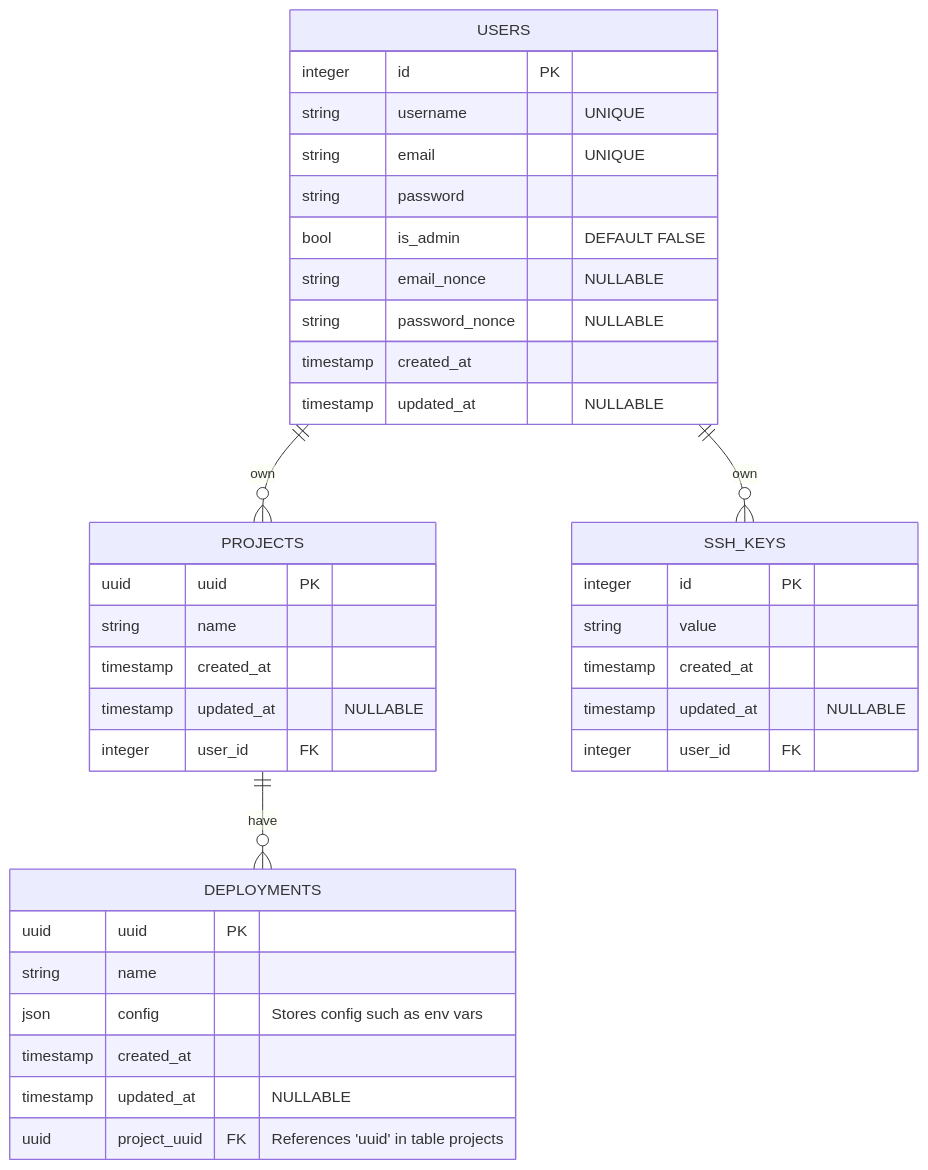
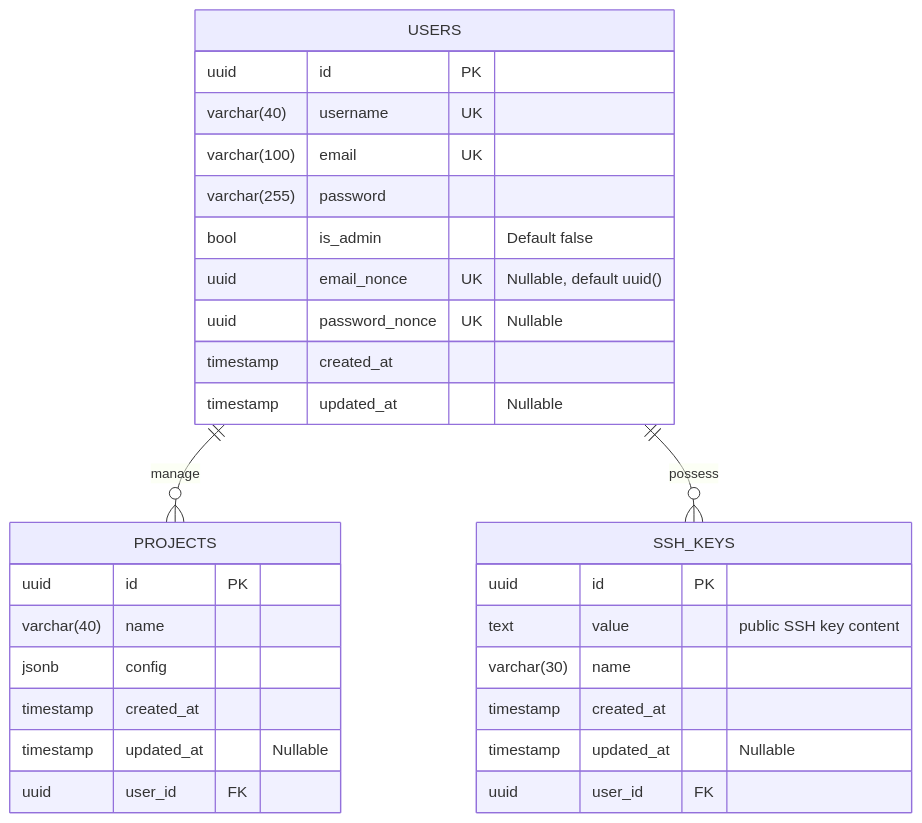
One commit to paastech-cloud/docs changed the fourth of 10 diagrams in README.md. Above: the diagram before and after it, drawn with Mermaid. The commit also changed other lines of this file and 2 other files, not shown here.

````diff
--- a/README.md
+++ b/README.md
@@ -53,40 +312,33 @@
 ```mermaid
 erDiagram
-    USERS ||--o{ PROJECTS : own
-    USERS ||--o{ SSH_KEYS : own
-    PROJECTS ||--o{ DEPLOYMENTS : have
-
     USERS {
-        integer id PK
-        string username "UNIQUE"
-        string email "UNIQUE"
-        string password
-        bool is_admin "DEFAULT FALSE"
-        string email_nonce "NULLABLE"
-        string password_nonce "NULLABLE"
+        uuid id PK
+        varchar(40) username UK
+        varchar(100) email UK
+        varchar(255) password
+        bool is_admin "Default false"
+        uuid email_nonce UK "Nullable, default uuid()"
+        uuid password_nonce UK "Nullable"
         timestamp created_at
-        timestamp updated_at "NULLABLE"
+        timestamp updated_at "Nullable"
     }
     SSH_KEYS {
-        integer id PK
-        string value
+        uuid id PK
+        text value "public SSH key content"
+        varchar(30) name
         timestamp created_at
-        timestamp updated_at "NULLABLE"
-        integer user_id FK
+        timestamp updated_at "Nullable"
+        uuid user_id FK
     }
     PROJECTS {
-        uuid uuid PK
-        string name
+        uuid id PK
+        varchar(40) name
+        jsonb config
         timestamp created_at
-        timestamp updated_at "NULLABLE"
-        integer user_id FK
+        timestamp updated_at "Nullable"
+        uuid user_id FK
     }
-    DEPLOYMENTS {
-        uuid uuid PK
-        string name
-        json config "Stores config such as env vars"
-        timestamp created_at
-        timestamp updated_at "NULLABLE"
-        uuid project_uuid FK "References 'uuid' in table projects"
-    }
+
+    USERS ||--o{ PROJECTS : manage
+    USERS ||--o{ SSH_KEYS : possess
 ```
````
